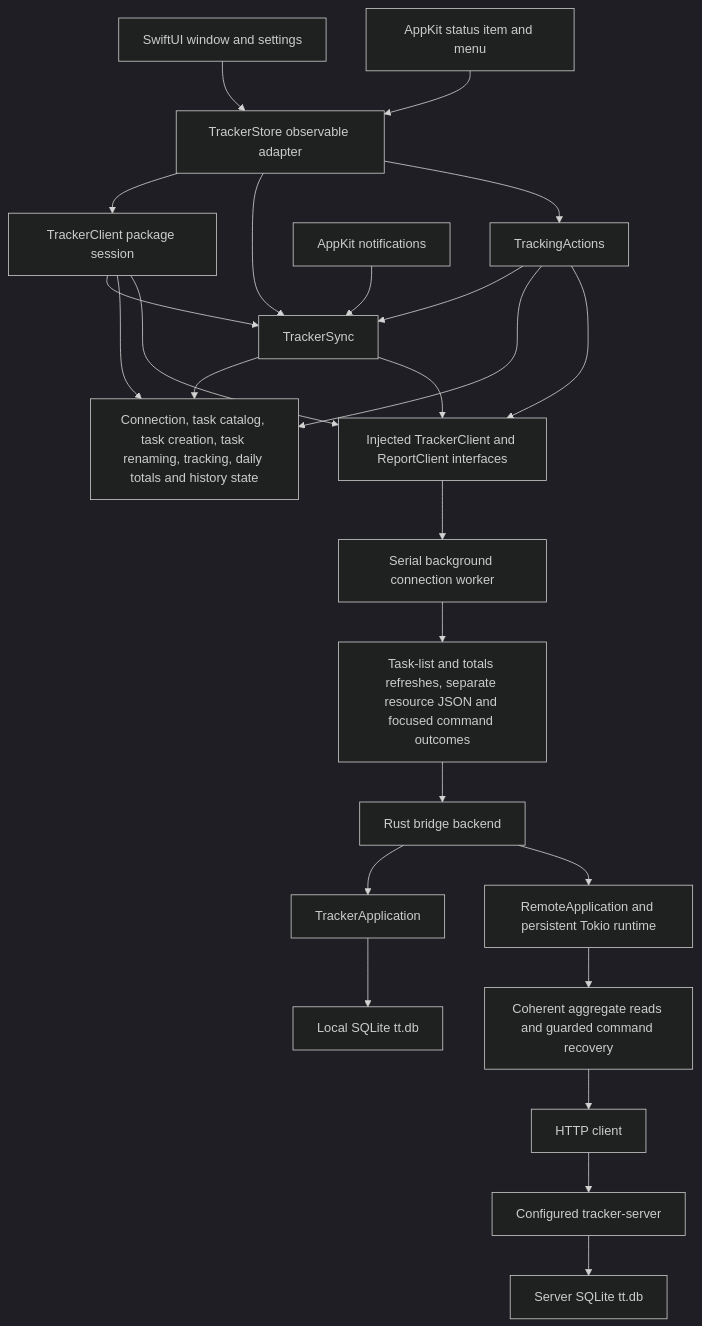
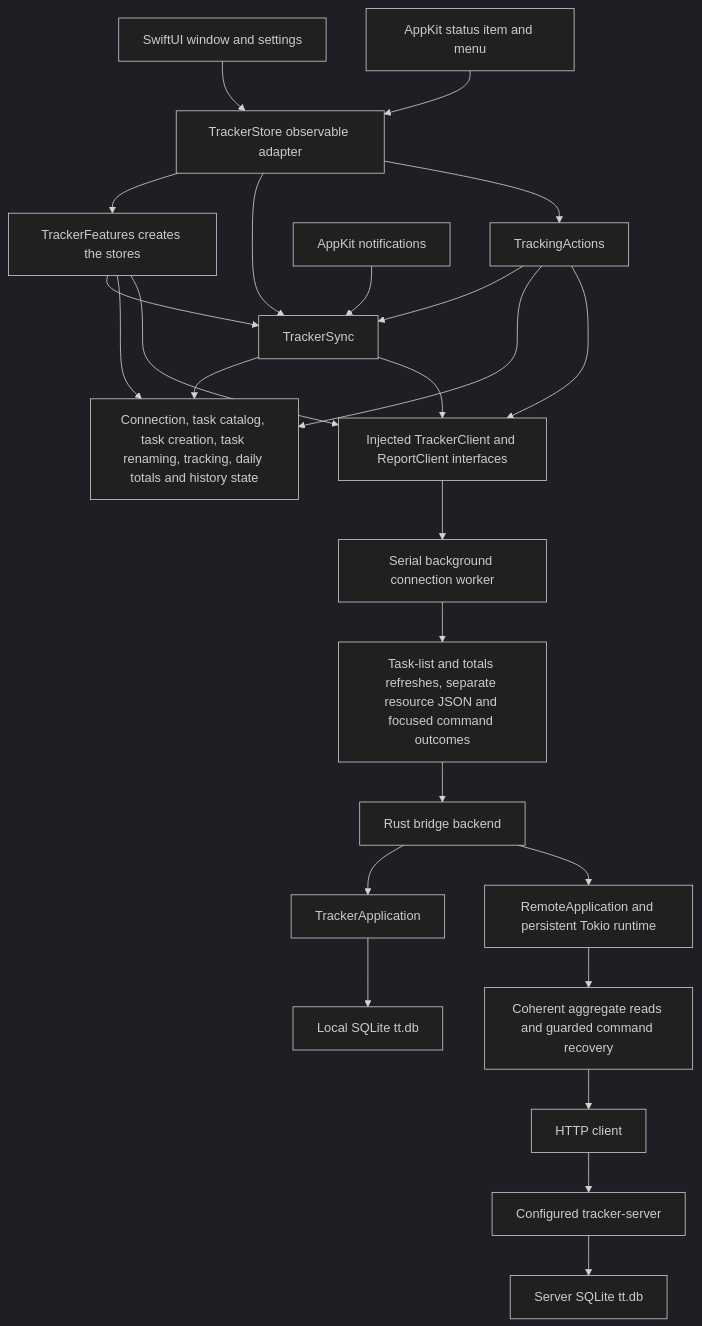
Before and after one commit to remshams/time-tracker: the diagram in apps/swiftui/README.md, drawn with Mermaid (dark theme). The commit also changed other lines of this file, not shown here.

First line of the commit message:
docs(SwiftReadme): name TrackerFeatures where the session was

````diff
--- a/apps/swiftui/README.md
+++ b/apps/swiftui/README.md
@@ -291,23 +291,23 @@
 ```mermaid
 flowchart TD
     UI[SwiftUI window and settings] --> Store[TrackerStore observable adapter]
     Menu[AppKit status item and menu] --> Store
-    Store --> Session[TrackerClient package session]
+    Store --> TrackerFeatures[TrackerFeatures creates the stores]
     Store --> Sync[TrackerSync]
     Store --> Actions[TrackingActions]
-    Session --> Sync
+    TrackerFeatures --> Sync
     Actions --> Sync
-    Session & Sync & Actions --> Features[Connection, task catalog, task creation, task renaming, tracking, daily totals and history state]
+    TrackerFeatures & Sync & Actions --> Features[Connection, task catalog, task creation, task renaming, tracking, daily totals and history state]
     Lifecycle[AppKit notifications] --> Sync
-    Session & Sync & Actions --> Port[Injected TrackerClient and ReportClient interfaces]
+    TrackerFeatures & Sync & Actions --> Port[Injected TrackerClient and ReportClient interfaces]
     Port --> Worker[Serial background connection worker]
     Worker --> ABI[Task-list and totals refreshes, separate resource JSON and focused command outcomes]
     ABI --> Backend[Rust bridge backend]
     Backend --> Local[TrackerApplication]
     Local --> DB[Local SQLite tt.db]
     Backend --> Remote[RemoteApplication and persistent Tokio runtime]
     Remote --> Coordinator[Coherent aggregate reads and guarded command recovery]
     Coordinator --> HTTP[HTTP client]
     HTTP --> Server[Configured tracker-server]
     Server --> ServerDB[Server SQLite tt.db]
 ```
````
